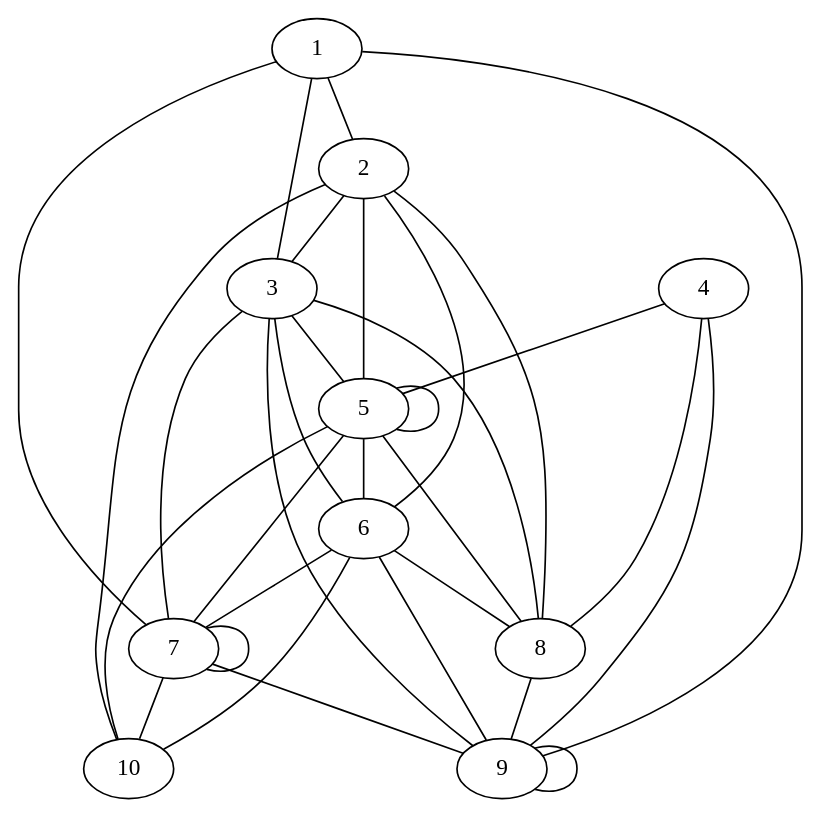
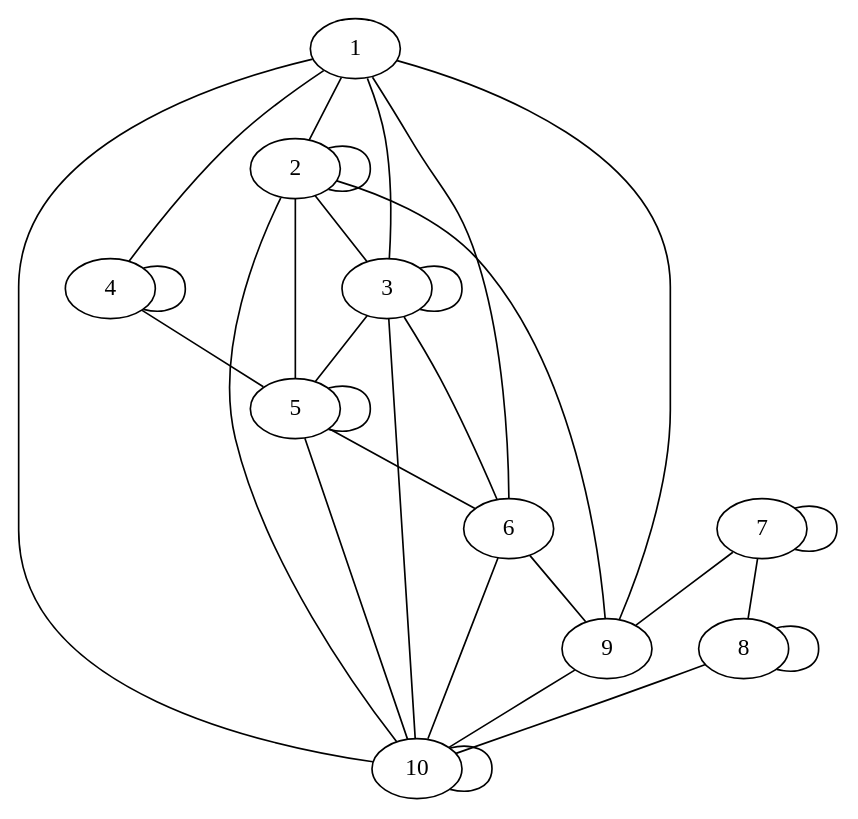
One commit to MarkoOtlokan/spa3 changed the diagram in graph_illustrator/Matrica.dot. Above: the diagram before and after it, drawn with Graphviz. The commit also changed 7 other files, not shown here.

```diff
--- a/graph_illustrator/Matrica.dot
+++ b/graph_illustrator/Matrica.dot
@@ -1,32 +1,31 @@
-graph {1 -- 2
+graph {
+1 -- 2
 1 -- 3
-1 -- 7
+1 -- 4
+1 -- 6
 1 -- 9
+1 -- 10
+2 -- 2
 2 -- 3
 2 -- 5
-2 -- 6
-2 -- 8
+2 -- 9
 2 -- 10
+3 -- 3
 3 -- 5
 3 -- 6
-3 -- 7
-3 -- 8
-3 -- 9
+3 -- 10
+4 -- 4
 4 -- 5
-4 -- 8
-4 -- 9
 5 -- 5
 5 -- 6
-5 -- 7
-5 -- 8
 5 -- 10
-6 -- 7
-6 -- 8
 6 -- 9
 6 -- 10
 7 -- 7
+7 -- 8
 7 -- 9
-7 -- 10
-8 -- 9
-9 -- 9
+8 -- 8
+8 -- 10
+9 -- 10
+10 -- 10
 }
```
